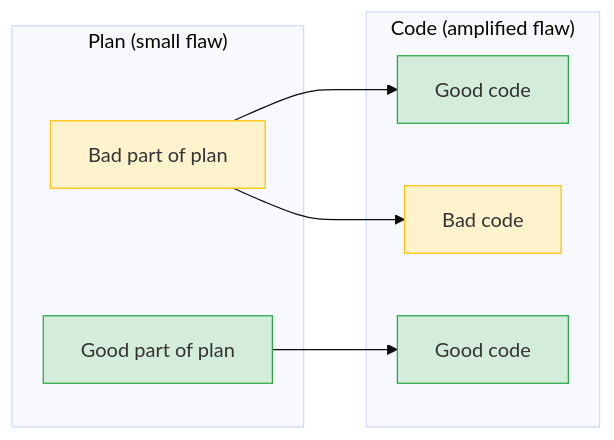
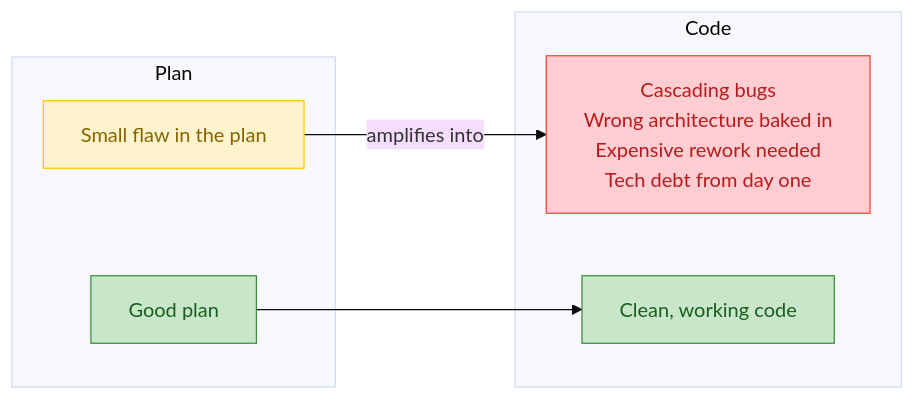
The diagram in docs-site/docs/overview/philosophy.md (anton-abyzov/specweave), drawn with Mermaid (base theme) before and after one commit. The commit also changed other lines of this file and 77 other files, not shown here.

````diff
--- a/docs-site/docs/overview/philosophy.md
+++ b/docs-site/docs/overview/philosophy.md
@@ -24,22 +24,19 @@
 ```mermaid
 graph LR
-    subgraph Plan["Plan (small flaw)"]
-        BP["Bad part of plan"]
-        GP["Good part of plan"]
+    subgraph Plan
+        BP["Small flaw in the plan"]
+        GP["Good plan"]
     end
-    subgraph Code["Code (amplified flaw)"]
-        GC1["Good code"]
-        BC["Bad code"]
-        GC2["Good code"]
+    subgraph Code
+        BC["Cascading bugs<br/>Wrong architecture baked in<br/>Expensive rework needed<br/>Tech debt from day one"]
+        GC["Clean, working code"]
     end
 
-    BP --> GC1
-    BP --> BC
-    GP --> GC2
+    BP -->|amplifies into| BC
+    GP --> GC
 
-    style BP fill:#fff3cd,stroke:#ffc107
-    style BC fill:#fff3cd,stroke:#ffc107
-    style GP fill:#d4edda,stroke:#28a745
-    style GC1 fill:#d4edda,stroke:#28a745
-    style GC2 fill:#d4edda,stroke:#28a745
+    style BP fill:#fff3cd,stroke:#ffc107,color:#856404
+    style BC fill:#ffcdd2,stroke:#f44336,color:#b71c1c
+    style GP fill:#c8e6c9,stroke:#388e3c,color:#1b5e20
+    style GC fill:#c8e6c9,stroke:#388e3c,color:#1b5e20
 ```
````
